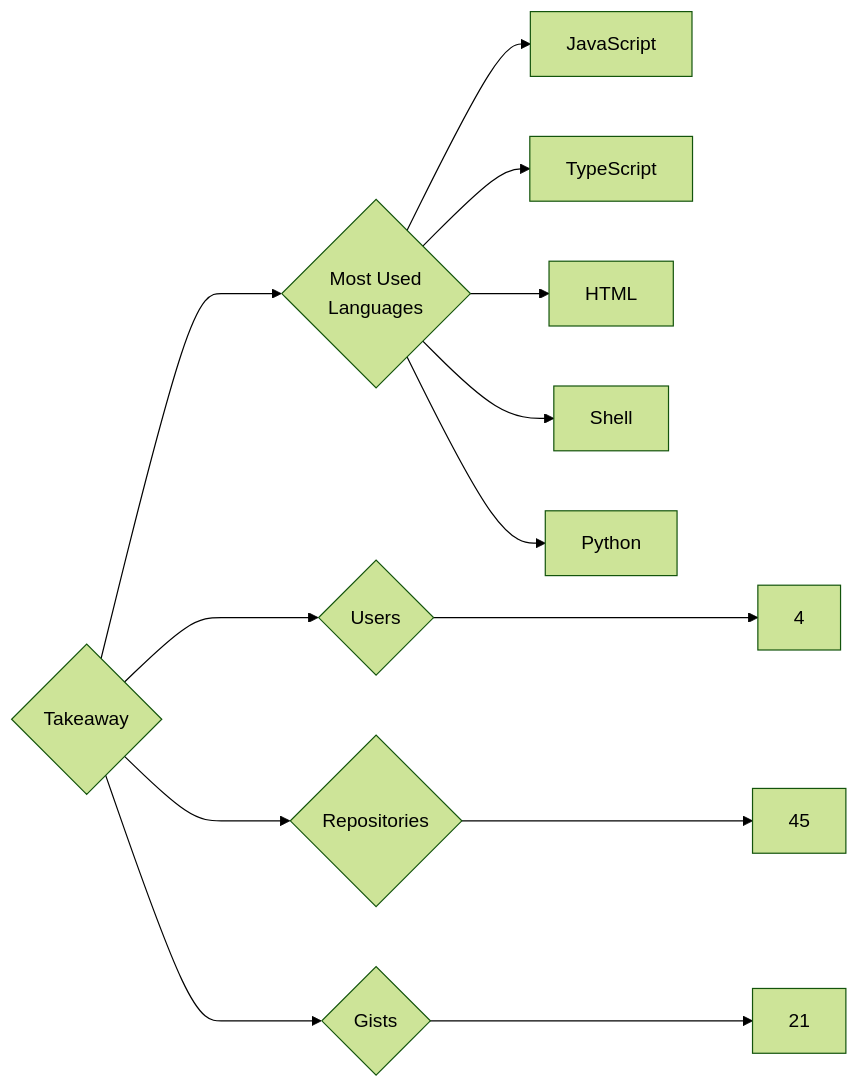
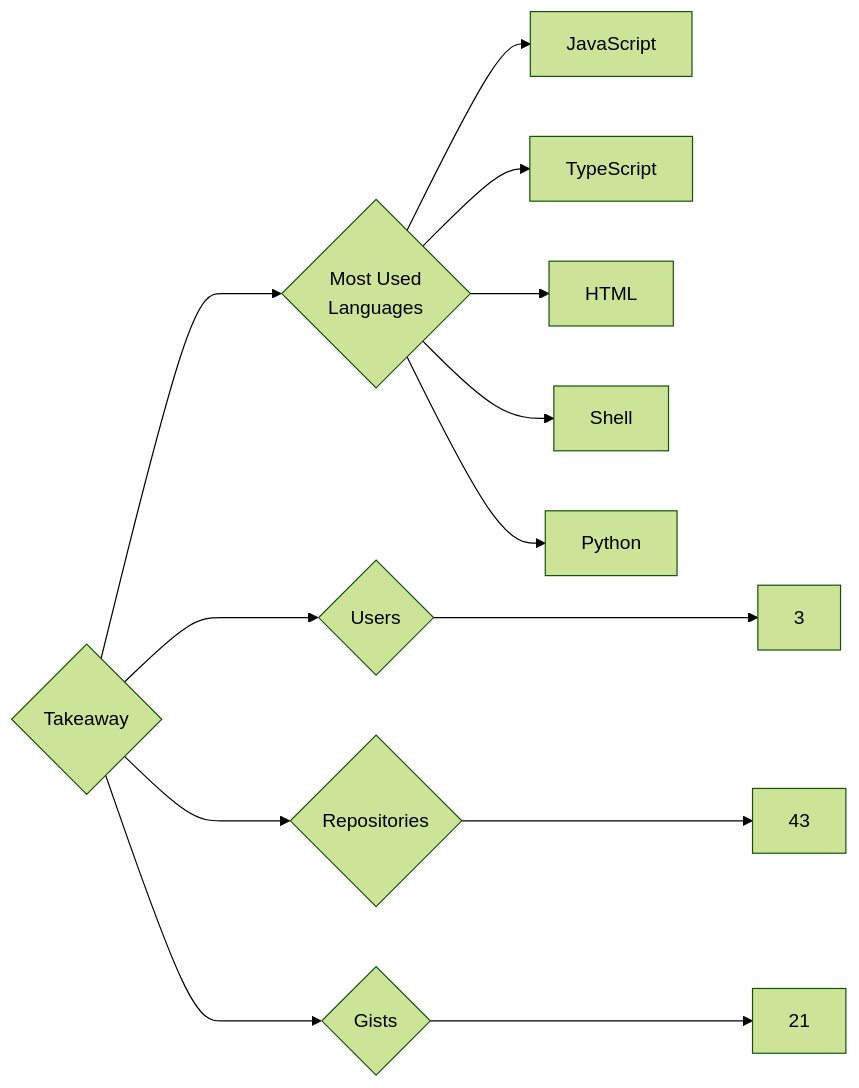
Before and after one commit to trickest/insiders: the diagram in targets/Takeaway/README.md, drawn with Mermaid (forest theme). The commit also changed 814 other files, not shown here.

````diff
--- a/targets/Takeaway/README.md
+++ b/targets/Takeaway/README.md
@@ -3,13 +3,13 @@
 ```mermaid
 graph LR
 COMPANY_NAME{Takeaway}
-COMPANY_NAME ---> U{Users} ---> UN[4]
-COMPANY_NAME ---> R{Repositories} ---> RN[45]
+COMPANY_NAME ---> U{Users} ---> UN[3]
+COMPANY_NAME ---> R{Repositories} ---> RN[43]
 COMPANY_NAME ---> G{Gists} ---> GN[21]
 COMPANY_NAME ---> ML{Most Used<br>Languages}
 ML --> JavaScript[JavaScript]
 ML --> TypeScript[TypeScript]
 ML --> HTML[HTML]
 ML --> Shell[Shell]
 ML --> Python[Python]
 ```
````
